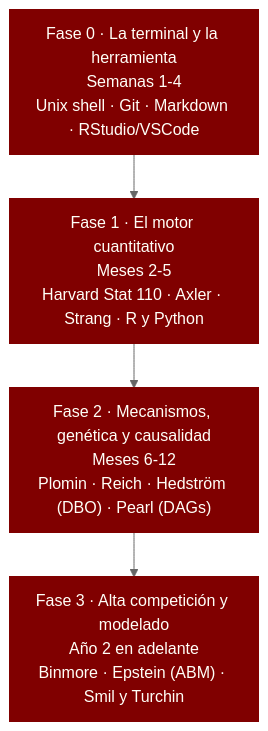
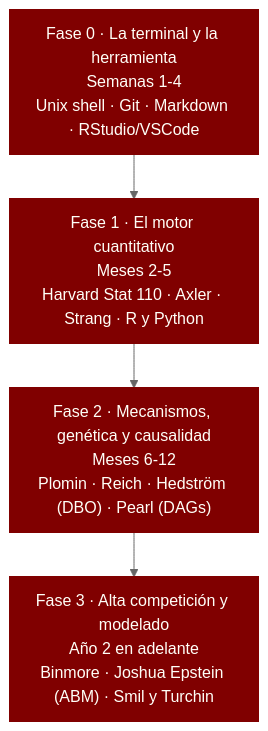
Before and after one commit to danielgccr/nuevasomosaguas: the diagram in guia_autodidacta.qmd, drawn with Mermaid (neutral theme). The commit also changed other lines of this file and 20 other files, not shown here.

````diff
--- a/guia_autodidacta.qmd
+++ b/guia_autodidacta.qmd
@@ -31,16 +31,16 @@
 ```{mermaid}
 %%| label: fig-fases
 %%| fig-cap: "Las cuatro fases de la ruta autodidacta."
 
 %%{init: {"flowchart": {"htmlLabels": false, "nodeSpacing": 30, "rankSpacing": 45, "padding": 12, "useMaxWidth": true}}}%%
 flowchart TD
     F0["Fase 0 · La terminal y la herramienta<br/>Semanas 1-4<br/>Unix shell · Git · Markdown · RStudio/VSCode"]
     F1["Fase 1 · El motor cuantitativo<br/>Meses 2-5<br/>Harvard Stat 110 · Axler · Strang · R y Python"]
     F2["Fase 2 · Mecanismos, genética y causalidad<br/>Meses 6-12<br/>Plomin · Reich · Hedström (DBO) · Pearl (DAGs)"]
-    F3["Fase 3 · Alta competición y modelado<br/>Año 2 en adelante<br/>Binmore · Epstein (ABM) · Smil y Turchin"]
+    F3["Fase 3 · Alta competición y modelado<br/>Año 2 en adelante<br/>Binmore · Joshua Epstein (ABM) · Smil y Turchin"]
 
     F0 --> F1 --> F2 --> F3
 
     classDef fase fill:#800000,stroke:#800000,stroke-width:2px,color:#fffff8
     class F0,F1,F2,F3 fase
 ```
````
